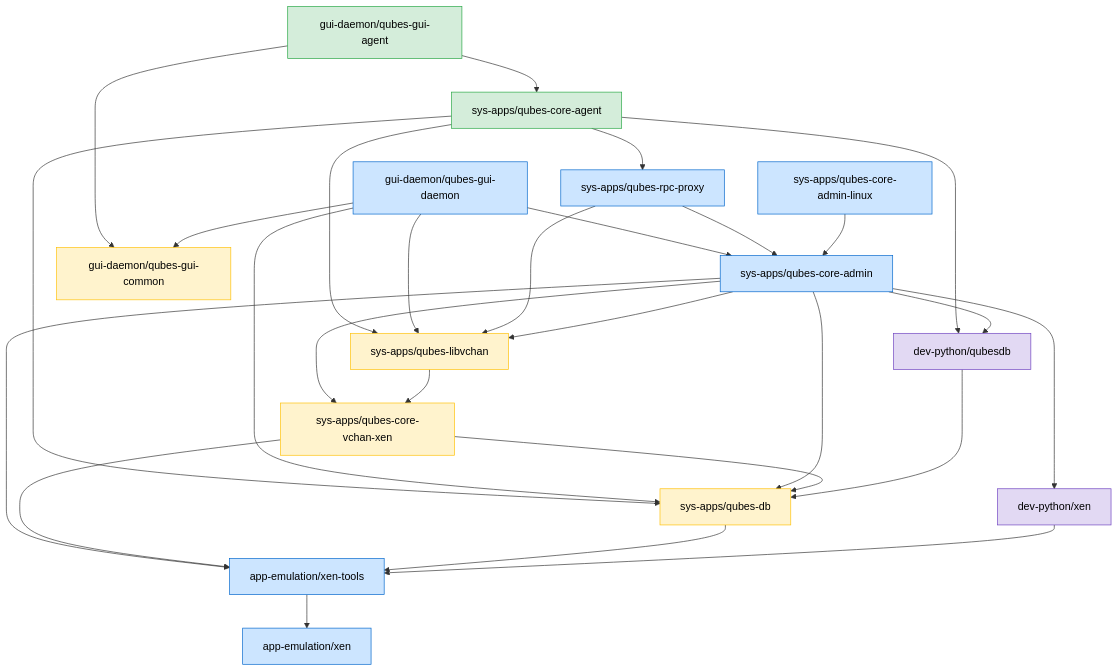
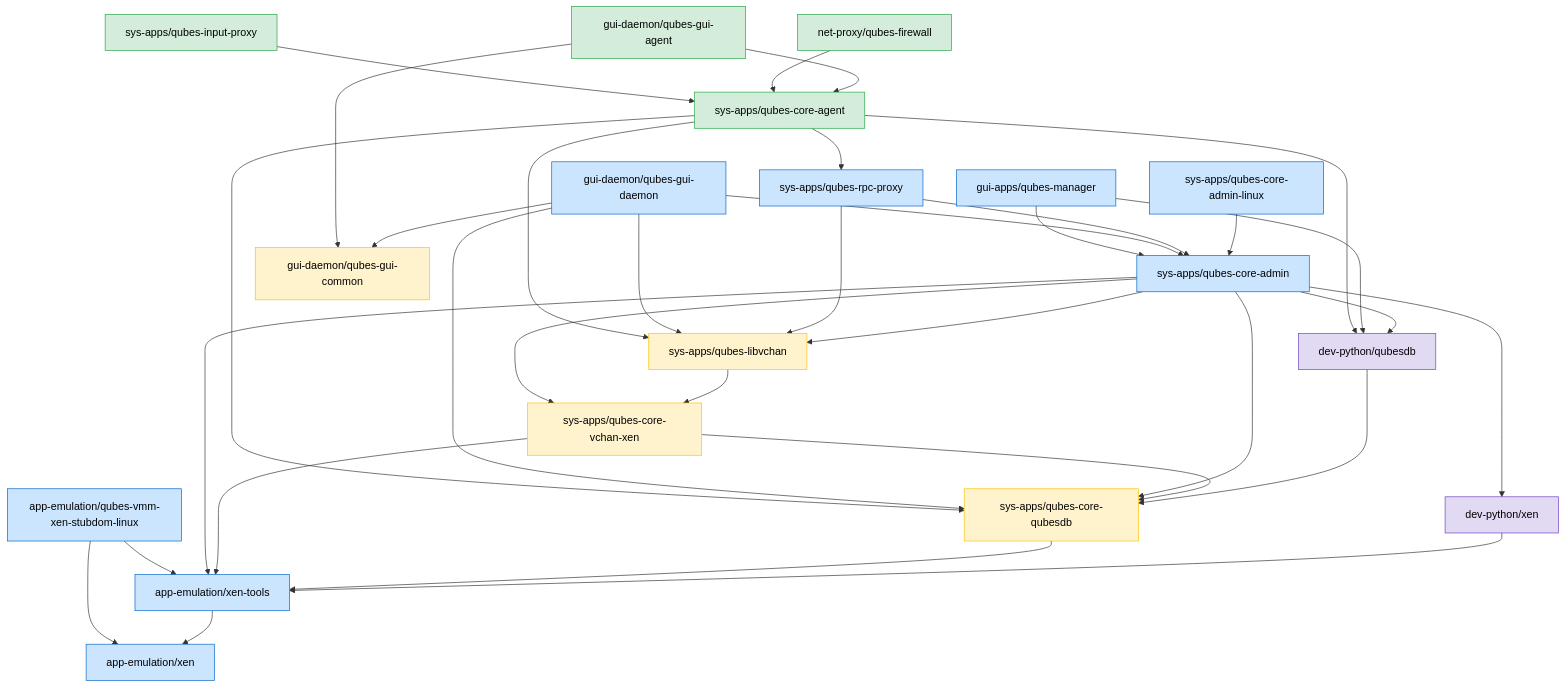
One commit to DiogenesBipedal/Qubentoo changed the diagram in qubentoo-overlay/docs/dependency-graph.md. Above: the diagram before and after it, drawn with Mermaid. The commit also changed other lines of this file and 41 other files, not shown here.

````diff
--- a/qubentoo-overlay/docs/dependency-graph.md
+++ b/qubentoo-overlay/docs/dependency-graph.md
@@ -164,21 +195,21 @@
     py_qubesdb["dev-python/qubesdb"]
 
     %% ── QubesDB ──────────────────────────────────────────────────
-    qubes_db["sys-apps/qubes-db"]
-    qubes_db --> xen_tools
-    py_qubesdb --> qubes_db
+    qubes_coredb["sys-apps/qubes-core-qubesdb"]
+    qubes_coredb --> xen_tools
+    py_qubesdb --> qubes_coredb
 
     %% ── vchan ────────────────────────────────────────────────────
     vchan_xen["sys-apps/qubes-core-vchan-xen"]
     vchan_xen --> xen_tools
-    vchan_xen --> qubes_db
+    vchan_xen --> qubes_coredb
 
     libvchan["sys-apps/qubes-libvchan"]
     libvchan --> vchan_xen
 
     %% ── DOM0 core ────────────────────────────────────────────────
     core_admin["sys-apps/qubes-core-admin"]
-    core_admin --> qubes_db
+    core_admin --> qubes_coredb
     core_admin --> vchan_xen
     core_admin --> libvchan
     core_admin --> xen_tools
@@ -198,11 +229,19 @@
     gui_daemon --> gui_common
     gui_daemon --> core_admin
     gui_daemon --> libvchan
-    gui_daemon --> qubes_db
+    gui_daemon --> qubes_coredb
+
+    qubes_manager["gui-apps/qubes-manager"]
+    qubes_manager --> core_admin
+    qubes_manager --> py_qubesdb
+
+    stubdom["app-emulation/qubes-vmm-xen-stubdom-linux"]
+    stubdom --> xen
+    stubdom --> xen_tools
 
     %% ── DOMU / Template ──────────────────────────────────────────
     core_agent["sys-apps/qubes-core-agent"]
-    core_agent --> qubes_db
+    core_agent --> qubes_coredb
     core_agent --> libvchan
     core_agent --> rpc_proxy
     core_agent --> py_qubesdb
@@ -211,14 +250,20 @@
     gui_agent --> gui_common
     gui_agent --> core_agent
 
+    firewall["net-proxy/qubes-firewall"]
+    firewall --> core_agent
+
+    input_proxy["sys-apps/qubes-input-proxy"]
+    input_proxy --> core_agent
+
     %% ── Style ─────────────────────────────────────────────────────
     classDef dom0   fill:#cce5ff,stroke:#0066cc,color:#000
     classDef domu   fill:#d4edda,stroke:#28a745,color:#000
     classDef shared fill:#fff3cd,stroke:#ffc107,color:#000
     classDef python fill:#e2d9f3,stroke:#6f42c1,color:#000
 
-    class xen,xen_tools,core_admin,core_linux,rpc_proxy,gui_daemon dom0
-    class core_agent,gui_agent domu
-    class qubes_db,vchan_xen,libvchan,gui_common shared
+    class xen,xen_tools,core_admin,core_linux,rpc_proxy,gui_daemon,qubes_manager,stubdom dom0
+    class core_agent,gui_agent,firewall,input_proxy domu
+    class qubes_coredb,vchan_xen,libvchan,gui_common shared
     class py_xen,py_qubesdb python
 ```
````
